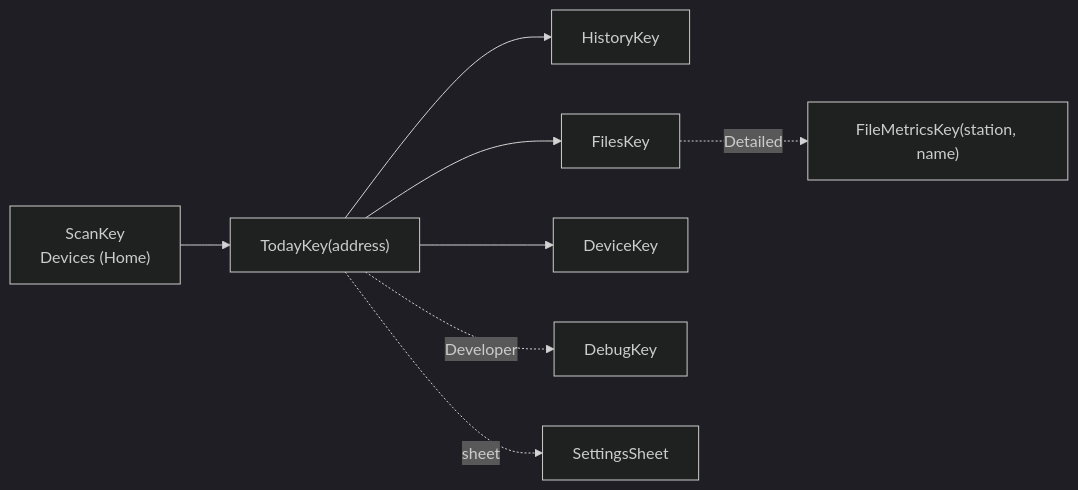
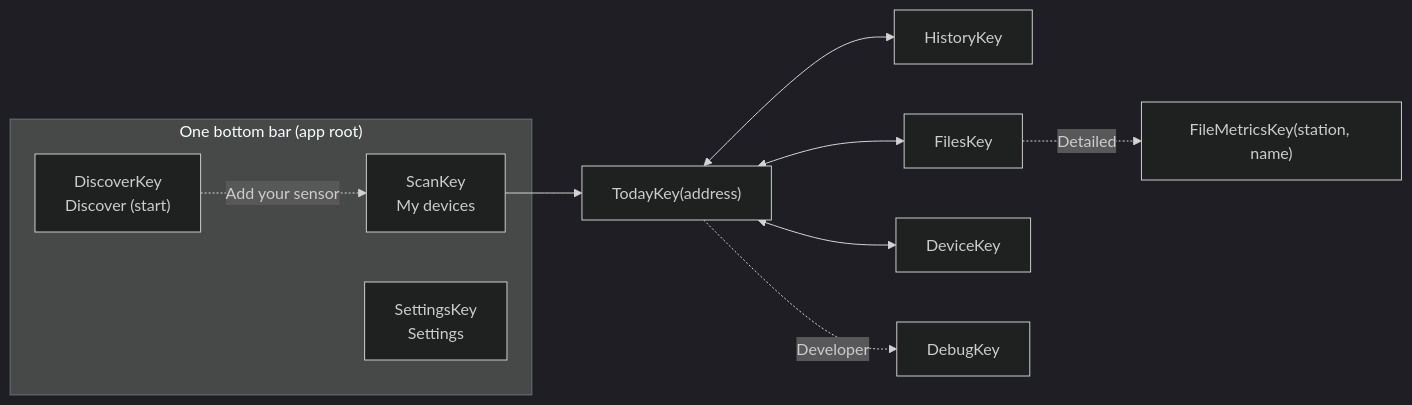
Before and after one commit to walkthru-earth/opensensor-space-mobile: the diagram in docs/screens.md, drawn with Mermaid (dark theme). The commit also changed other lines of this file and 3 other files, not shown here.

Commit message:
Document the one bottom bar, Discover as the start tab and the Settings tab

````diff
--- a/docs/screens.md
+++ b/docs/screens.md
@@ -9,10 +9,15 @@
 ```mermaid
 flowchart LR
-  Scan["ScanKey<br/>Devices (Home)"] --> Today["TodayKey(address)"]
-  Today --> History["HistoryKey"]
-  Today --> Files["FilesKey"]
-  Today --> Device["DeviceKey"]
+  subgraph Bar["One bottom bar (app root)"]
+    Discover["DiscoverKey<br/>Discover (start)"]
+    Scan["ScanKey<br/>My devices"]
+    Settings["SettingsKey<br/>Settings"]
+  end
+  Scan --> Today["TodayKey(address)"]
+  Today <--> History["HistoryKey"]
+  Today <--> Files["FilesKey"]
+  Today <--> Device["DeviceKey"]
   Today -. Developer .-> Debug["DebugKey"]
   Files -. Detailed .-> Metrics["FileMetricsKey(station, name)"]
-  Today -. sheet .-> Settings["SettingsSheet"]
+  Discover -. Add your sensor .-> Scan
 ```
````
